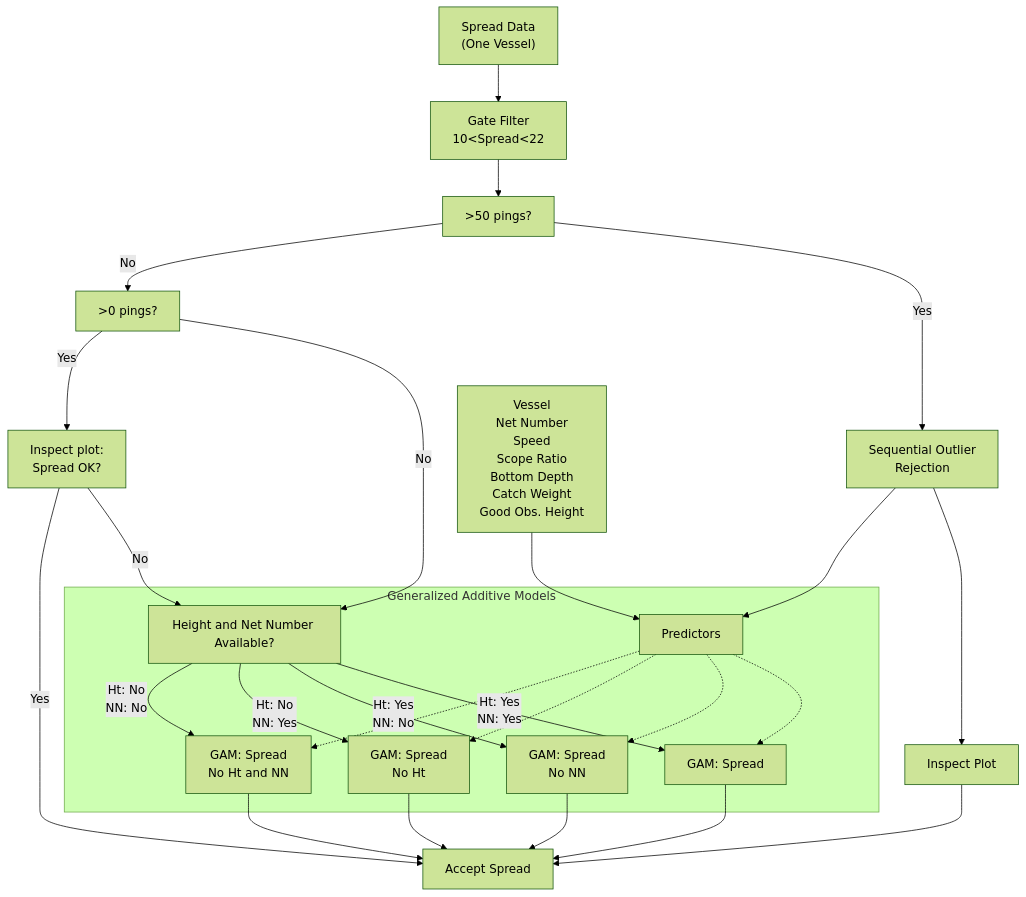
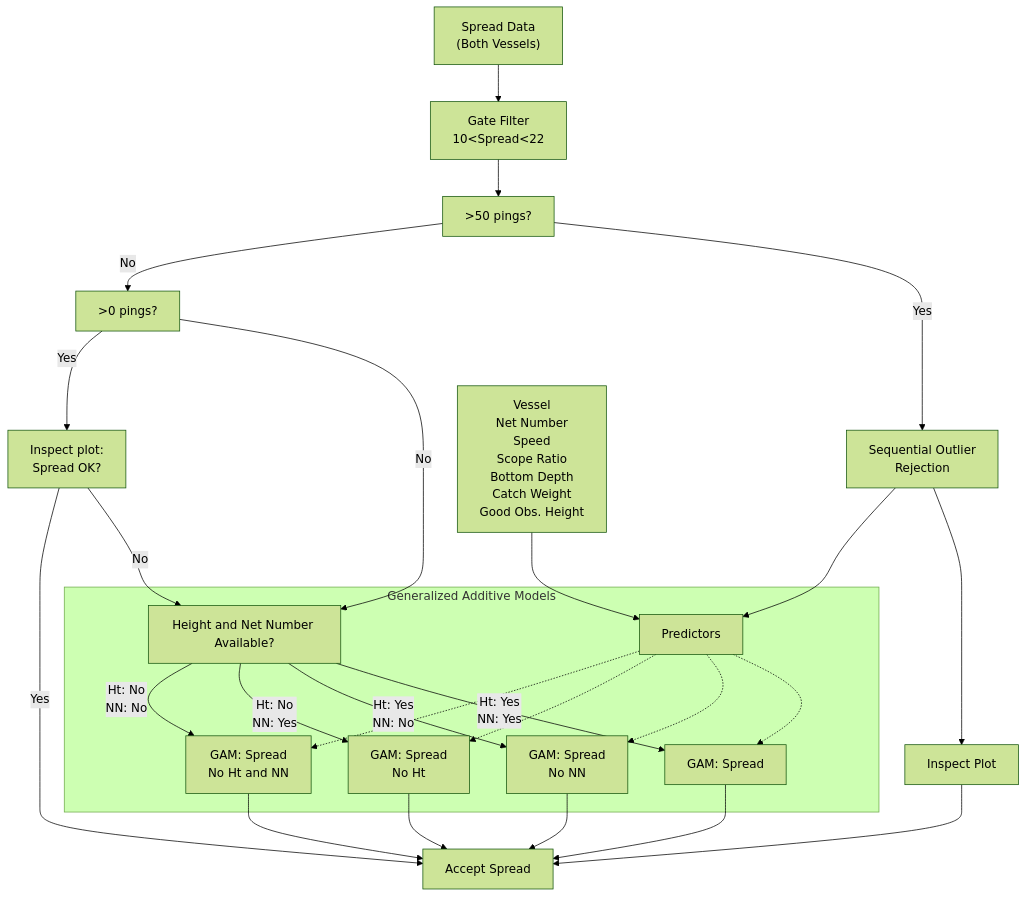
Before and after one commit to afsc-gap-products/trawlmetrics: the third of 6 diagrams in assets/nm_flowchart.md, drawn with Mermaid (forest theme). The commit also changed other lines of this file, not shown here.

````diff
--- a/assets/nm_flowchart.md
+++ b/assets/nm_flowchart.md
@@ -63,29 +71,29 @@
 ``` mermaid
 graph TD
-    SA["Spread Data<br>(One Vessel)"]-->SB["Gate Filter<br>10&lt;Spread&lt;22"]
+    SA["Spread Data<br>(Both Vessels)"]-->SB["Gate Filter<br>10&lt;Spread&lt;22"]
     SB["Gate Filter<br>10&lt;Spread&lt;22"]-->SC["&gt;50 pings?"]
     SC["&gt;50 pings?"]-->|Yes| SV[Sequential Outlier<br>Rejection]
     SC["&gt;50 pings?"]-->|No| SF["&gt;0 pings"]
     SV[Sequential Outlier<br>Rejection]-->SW[Inspect Plot]
     SF["&gt;0 pings?"]-->|No| SL[Height and Net Number Available?]
     SF["&gt;0 pings?"]-->|Yes| SI[Inspect plot:<br>Spread OK?]
     SI[Inspect plot:<br>Spread OK?]-->|No| SL[Height and Net Number Available?]
     SI[Inspect plot:<br>Spread OK?]-->|Yes| SU[Accept Spread]
     SV[Sequential Outlier<br>Rejection]-->SX[Predictors]
     SD[Vessel<br>Net Number<br>Speed<br>Scope Ratio<br>Bottom Depth<br>Catch Weight<br>Good Obs. Height]-->SX[Predictors]
     subgraph Generalized Additive Models
       SL[Height and Net Number Available?]-->|Ht: Yes<br>NN: Yes| SQ[GAM: Spread]
       SL[Height and Net Number Available?]-->|Ht: Yes<br>NN: No| SR[GAM: Spread<br>No NN]
       SL[Height and Net Number Available?]-->|Ht: No<br>NN: Yes| SS[GAM: Spread<br>No Ht]
-      SL[Height and Net Number Available?]-->|Ht: No<br>NN: No| ST[GAM: Spread<br>No Ht and NN]
+      SL[Height and Net Number Available?]-->|Ht: No<br>NN: No| ST[GAM: Spread<br>No Ht or NN]
       SX[Predictors]-.->SQ[GAM: Spread]
       SX[Predictors]-.->SR[GAM: Spread<br>No NN]
       SX[Predictors]-.->SS[GAM: Spread<br>No Ht]
-      SX[Predictors]-.->ST[GAM: Spread<br>No Ht and NN]
+      SX[Predictors]-.->ST[GAM: Spread<br>No Ht or NN]
     end
     SQ[GAM: Spread]-->SU[Accept Spread]
     SR[GAM: Spread<br>No NN]-->SU[Accept Spread]
     SS[GAM: Spread<br>No Ht]-->SU[Accept Spread]
     ST[GAM: Spread<br>No Ht and NN]-->SU[Accept Spread]
     SW[Inspect Plot]-->SU[Accept Spread]
 ```
````
